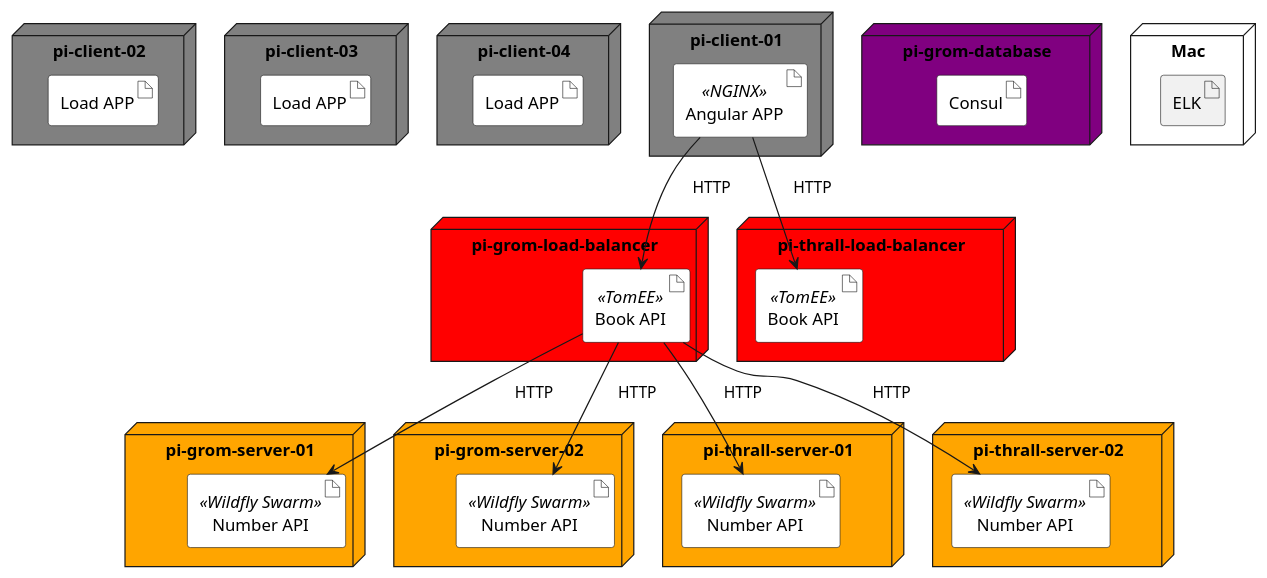
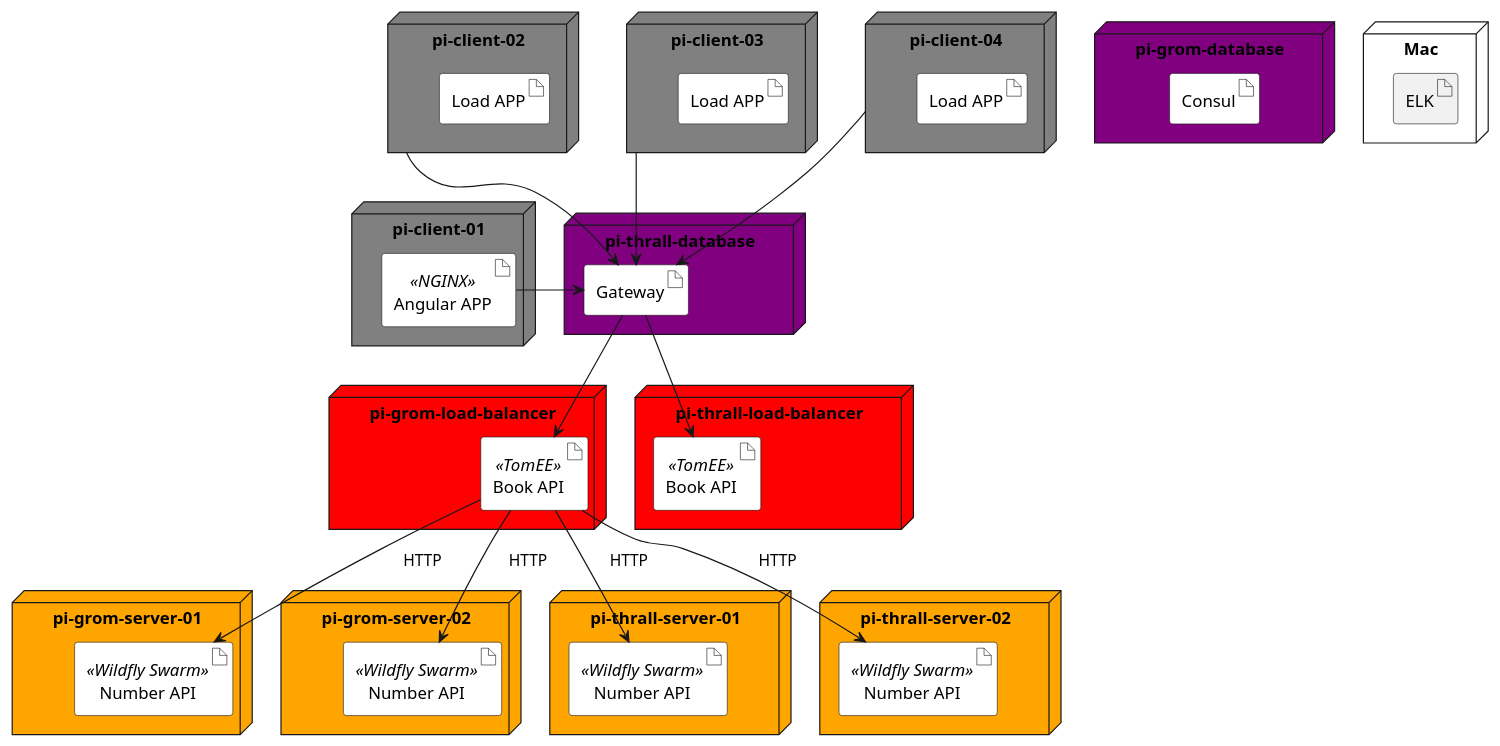
The diagram in slides/src/main/plantuml/load-architecture.puml (agoncal/baking-microservice-pie), drawn with PlantUML before and after one commit. The commit also changed 2 other files, not shown here.

```diff
--- a/slides/src/main/plantuml/load-architecture.puml
+++ b/slides/src/main/plantuml/load-architecture.puml
@@ -1,57 +1,65 @@
 @startuml
 
 node "pi-client-02" as piclient2 #grey {
     artifact "Load APP" as load2 #white
 }
 
 node "pi-client-03" as piclient3 #grey {
     artifact "Load APP" as load3 #white
 }
 
 node "pi-client-04" as piclient4 #grey {
     artifact "Load APP" as load4 #white
 }
 
 node "pi-client-01" as piclient #grey {
     artifact "Angular APP" <<NGINX>> as angular #white
 }
 
 node "pi-grom-server-01" as piserver1 #orange {
     artifact "Number API" <<Wildfly Swarm>> as numberapi #white
 }
 
 node "pi-grom-server-02" as piserver2 #orange {
     artifact "Number API" <<Wildfly Swarm>> as numberapi2 #white
 }
 
 node "pi-thrall-server-01" as piserver3 #orange {
     artifact "Number API" <<Wildfly Swarm>> as numberapi3 #white
 }
 
 node "pi-thrall-server-02" as piserver4 #orange {
     artifact "Number API" <<Wildfly Swarm>> as numberapi4 #white
 }
 
 node "pi-grom-load-balancer" as piserver5 #red {
     artifact "Book API" <<TomEE>> as bookapi #white
 }
 
 node "pi-thrall-load-balancer" as piserver6 #red {
     artifact "Book API" <<TomEE>> as bookapi2 #white
 }
 
 node "pi-grom-database" as piregistry #purple {
     artifact "Consul" as consule #white
 }
 
+node "pi-thrall-database" as pitag #purple {
+    artifact "Gateway" as gateway #white
+}
+
 node "Mac" as mac {
     artifact "ELK" as elk
 }
 
-angular --> bookapi: "     HTTP      "
-angular --> bookapi2: "     HTTP      "
+piclient2 --> gateway
+piclient3 --> gateway
+piclient4 --> gateway
+angular -> gateway
+gateway --> bookapi
+gateway --> bookapi2
 bookapi --> numberapi: "     HTTP      "
 bookapi --> numberapi2: "     HTTP      "
 bookapi --> numberapi3: "     HTTP      "
 bookapi --> numberapi4: "     HTTP      "
 @enduml
```
